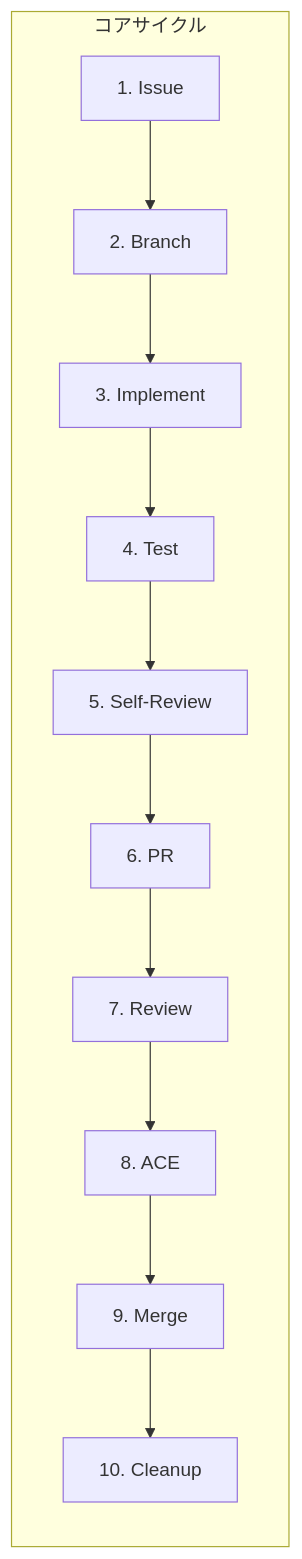
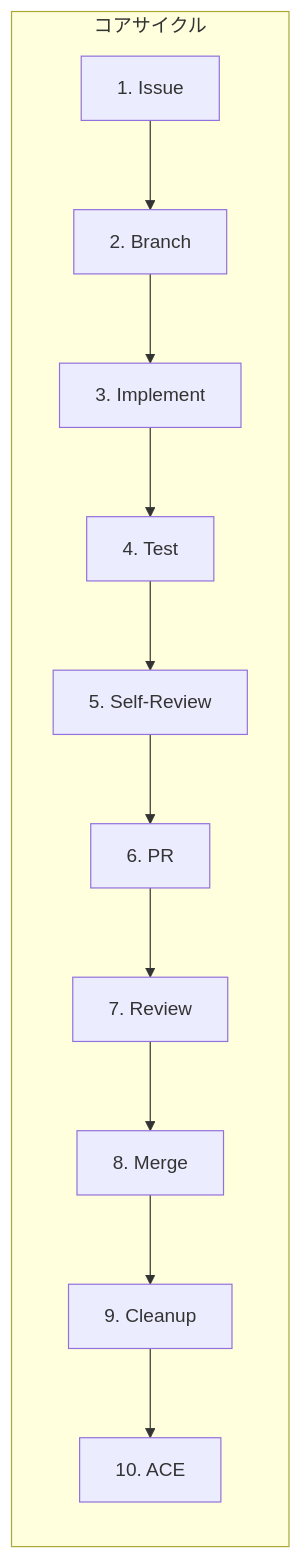
Before and after one commit to feel-flow/ai-driven-design: the diagram in docs/AI_GIT_WORKFLOW.md, drawn with Mermaid. The commit also changed other lines of this file and 8 other files, not shown here.

First line of the commit message:
docs: #396 ACE をマージ後（ステップ10 Cleanup の後）に移動 (#397)

````diff
--- a/docs/AI_GIT_WORKFLOW.md
+++ b/docs/AI_GIT_WORKFLOW.md
@@ -35,14 +35,14 @@
 ```mermaid
 graph LR
     subgraph "コアサイクル"
         A[1. Issue] --> B[2. Branch]
         B --> C[3. Implement]
         C --> D[4. Test]
         D --> E[5. Self-Review]
         E --> F[6. PR]
         F --> G[7. Review]
-        G --> H[8. ACE]
-        H --> I[9. Merge]
-        I --> J[10. Cleanup]
+        G --> H[8. Merge]
+        H --> I[9. Cleanup]
+        I --> J[10. ACE]
     end
 ```
````
